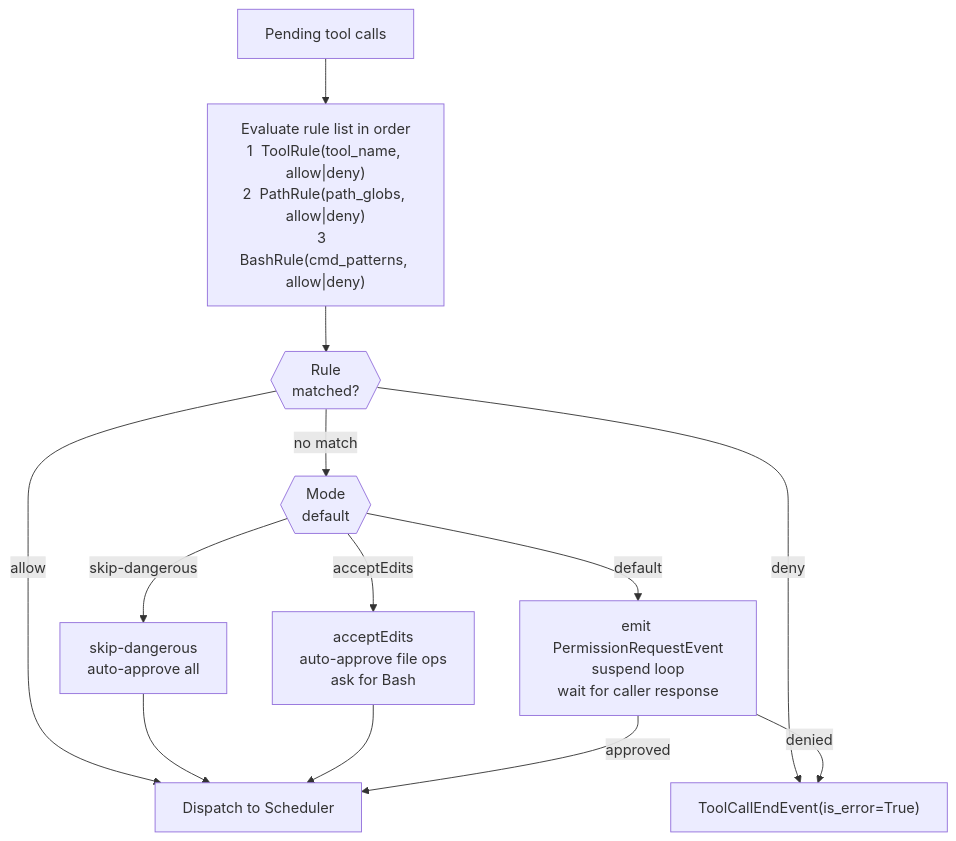
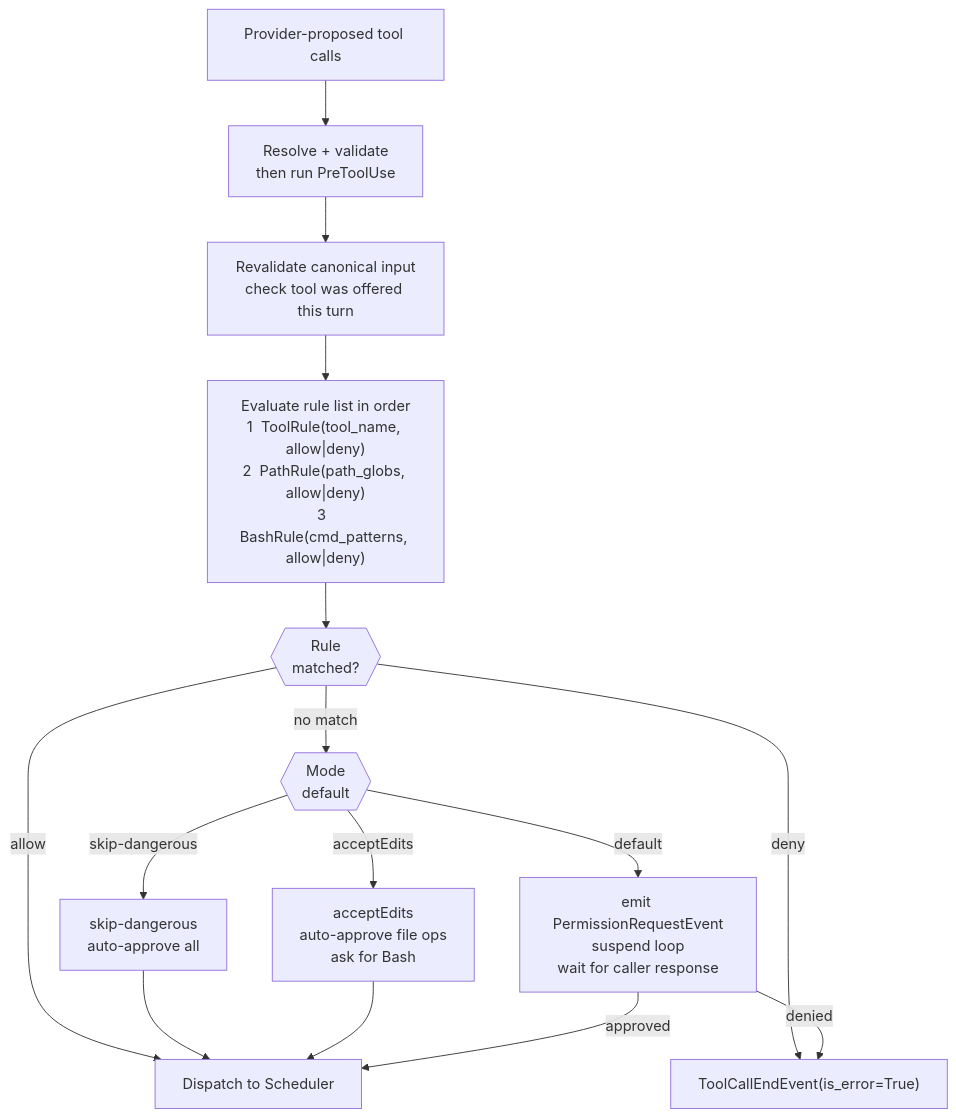
One commit to DuyTa506/linch changed the sixth of 8 diagrams in docs/architecture/subsystems.md. Above: the diagram before and after it, drawn with Mermaid. The commit also changed other lines of this file and 82 other files, not shown here.

````diff
--- a/docs/architecture/subsystems.md
+++ b/docs/architecture/subsystems.md
@@ -241,27 +260,30 @@
 ```mermaid
 flowchart TD
-    CALLS["Pending tool calls"]
+    CALLS["Provider-proposed tool calls"]
+
+    VALIDATE["Resolve + validate\nthen run PreToolUse"]
+    FINAL["Revalidate canonical input\ncheck tool was offered this turn"]
 
     RULES["Evaluate rule list in order\n1  ToolRule(tool_name, allow|deny)\n2  PathRule(path_globs, allow|deny)\n3  BashRule(cmd_patterns, allow|deny)"]
 
     MATCH{{"Rule\nmatched?"}}
 
     MODE{{"Mode\ndefault"}}
 
     AS["skip-dangerous\nauto-approve all"]
     AE["acceptEdits\nauto-approve file ops\nask for Bash"]
     ASK["emit PermissionRequestEvent\nsuspend loop\nwait for caller response"]
 
     EXEC["Dispatch to Scheduler"]
     DENY["ToolCallEndEvent(is_error=True)"]
 
-    CALLS --> RULES --> MATCH
+    CALLS --> VALIDATE --> FINAL --> RULES --> MATCH
     MATCH -->|"allow"| EXEC
     MATCH -->|"deny"| DENY
     MATCH -->|"no match"| MODE
     MODE -->|"skip-dangerous"| AS --> EXEC
     MODE -->|"acceptEdits"| AE --> EXEC
     MODE -->|"default"| ASK
     ASK -->|"approved"| EXEC
     ASK -->|"denied"| DENY
 ```
````
